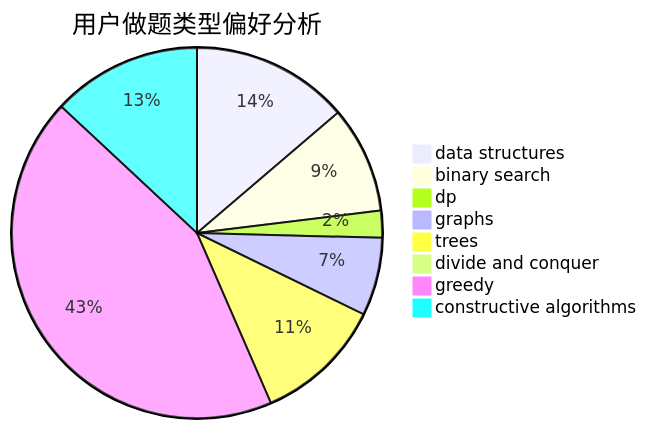
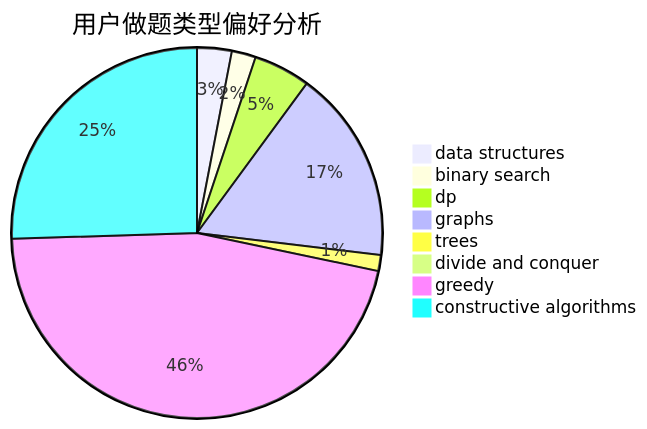
The second of 3 diagrams in docs/user/u1139.md (sherpahu/cfrs.github.io), drawn with Mermaid before and after one commit. The commit also changed other lines of this file and 2770 other files, not shown here.

````diff
--- a/docs/user/u1139.md
+++ b/docs/user/u1139.md
@@ -23,11 +23,11 @@
 ```mermaid
 pie title 用户做题类型偏好分析
-    "data structures" :  99
-    "binary search" :  67
-    "dp" :  17
-    "graphs" :  49
-    "trees" :  81
+    "data structures" :  56
+    "binary search" :  39
+    "dp" :  92
+    "graphs" :  312
+    "trees" :  26
     "divide and conquer" :  0
-    "greedy" :  313
-    "constructive algorithms" :  94
+    "greedy" :  857
+    "constructive algorithms" :  473
 ```
````
